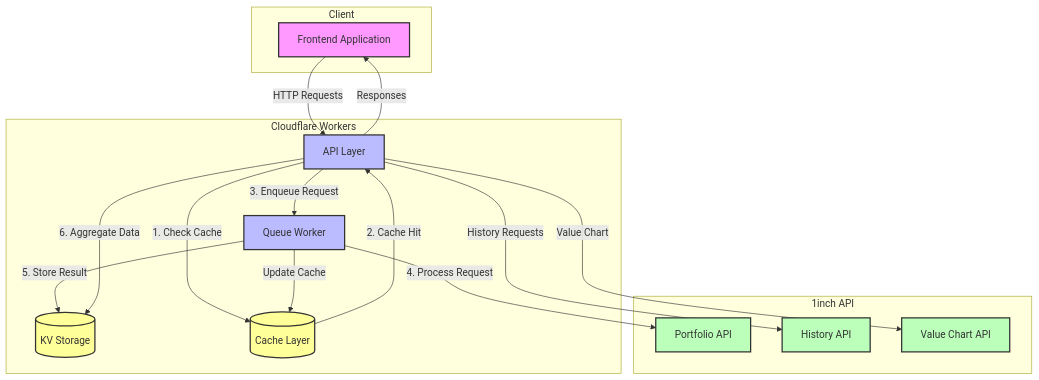
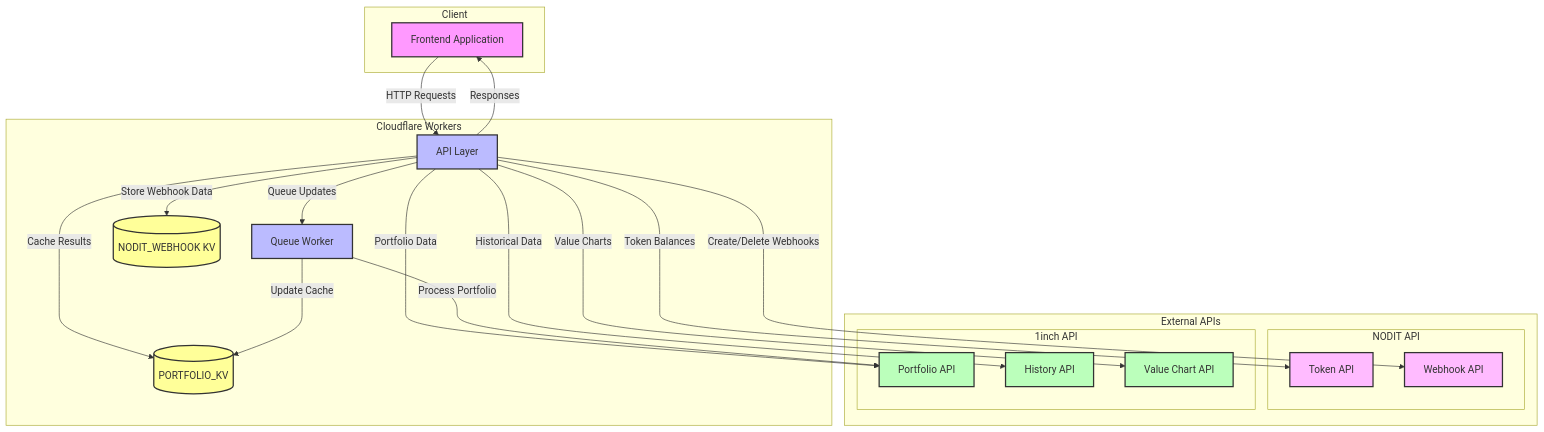
Before and after one commit to calpa/orbitgo-backend: the second of 2 diagrams in README.md, drawn with Mermaid.

Commit message:
Update architecture diagram to include NODIT API integration and KV storage changes

````diff
--- a/README.md
+++ b/README.md
@@ -95,49 +95,56 @@
 ```mermaid
 flowchart TB
     subgraph Client
         FE[Frontend Application]
     end
 
     subgraph "Cloudflare Workers"
         API[API Layer]
         Queue[Queue Worker]
-        KV[(KV Storage)]
-        Cache[(Cache Layer)]
+        WebhookKV[(NODIT_WEBHOOK KV)]
+        PortfolioKV[(PORTFOLIO_KV)]
     end
 
-    subgraph "1inch API"
-        Portfolio[Portfolio API]
-        History[History API]
-        Value[Value Chart API]
+    subgraph "External APIs"
+        subgraph "NODIT API"
+            TokenAPI[Token API]
+            WebhookAPI[Webhook API]
+        end
+        subgraph "1inch API"
+            Portfolio[Portfolio API]
+            History[History API]
+            Value[Value Chart API]
+        end
     end
 
     %% Client interactions
     FE -->|HTTP Requests| API
     API -->|Responses| FE
 
-    %% Data flow
-    API -->|1. Check Cache| Cache
-    Cache -->|2. Cache Hit| API
-    API -->|3. Enqueue Request| Queue
-    Queue -->|4. Process Request| Portfolio
-    Queue -->|5. Store Result| KV
-    API -->|6. Aggregate Data| KV
+    %% Token Service flows
+    API -->|Token Balances| TokenAPI
+    API -->|Create/Delete Webhooks| WebhookAPI
+    API -->|Store Webhook Data| WebhookKV
 
-    %% Direct API calls
-    API -->|History Requests| History
-    API -->|Value Chart| Value
-
-    %% Cache updates
-    Queue -->|Update Cache| Cache
+    %% Portfolio Service flows
+    API -->|Portfolio Data| Portfolio
+    API -->|Historical Data| History
+    API -->|Value Charts| Value
+    API -->|Cache Results| PortfolioKV
+    API -->|Queue Updates| Queue
+    Queue -->|Process Portfolio| Portfolio
+    Queue -->|Update Cache| PortfolioKV
 
     %% Styling
     classDef client fill:#f9f,stroke:#333,stroke-width:2px
     classDef worker fill:#bbf,stroke:#333,stroke-width:2px
     classDef storage fill:#ff9,stroke:#333,stroke-width:2px
     classDef external fill:#bfb,stroke:#333,stroke-width:2px
+    classDef nodit fill:#fbf,stroke:#333,stroke-width:2px
 
     class FE client
     class API,Queue worker
-    class KV,Cache storage
+    class WebhookKV,PortfolioKV storage
     class Portfolio,History,Value external
+    class TokenAPI,WebhookAPI nodit
 ```
````
